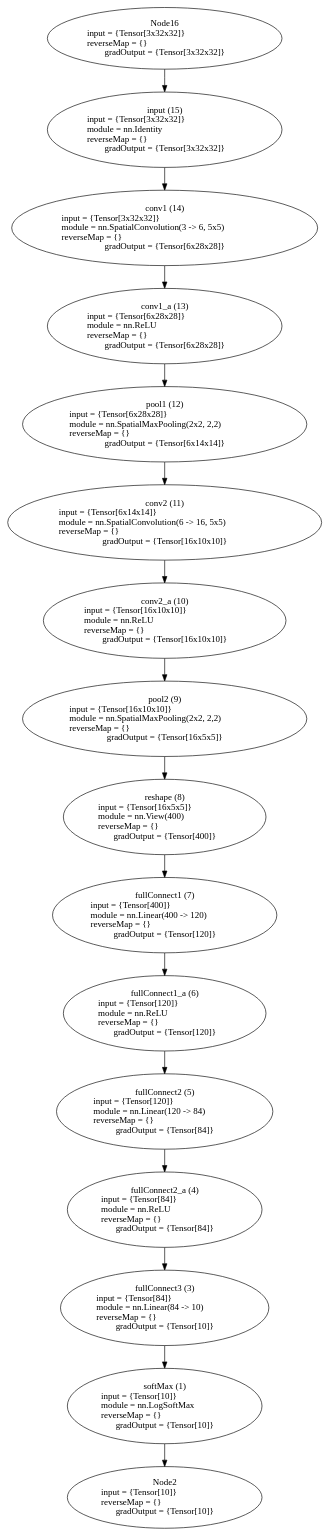
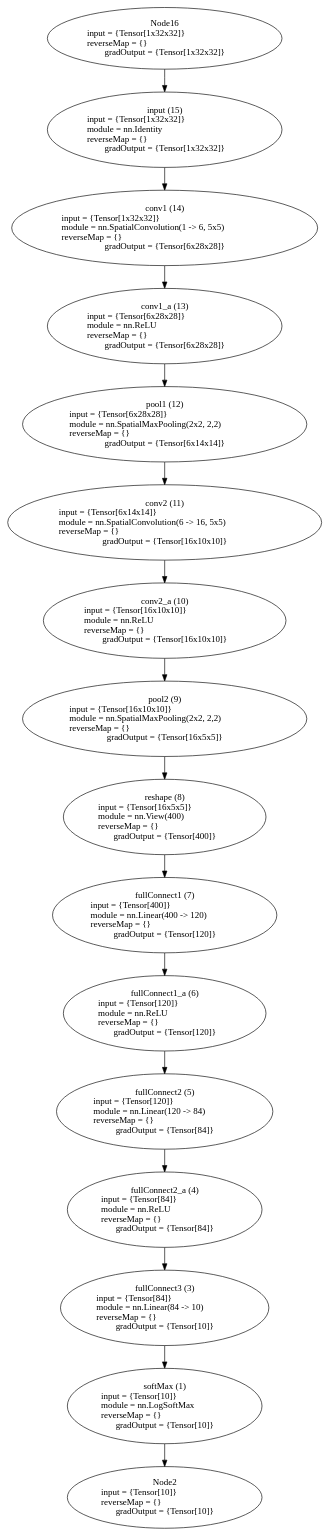
One commit to YuzhongHuang/Action-Recognition-Research changed the diagram in LeNet_Annotated.dot. Above: the diagram before and after it, drawn with Graphviz. The commit also changed 6 other files, not shown here.

```diff
--- a/LeNet_Annotated.dot
+++ b/LeNet_Annotated.dot
@@ -1,101 +1,101 @@
 digraph G {
 	graph [bb="0,0,386,2384"];
 	node [label="\N",
 		shape=oval
 	];
 	n1	 [height=1.6303,
 		label="softMax (1)\ninput = {Tensor[10]}\lmodule = nn.LogSoftMax\lreverseMap = {}\lgradOutput = {Tensor[10]}",
 		pos="193,191",
 		tooltip="[[string \"-- I will start with the LeNet I build with N...\"]]:28_",
 		width=3.279];
 	n2	 [height=1.3356,
 		label="Node2\ninput = {Tensor[10]}\lreverseMap = {}\lgradOutput = {Tensor[10]}",
 		pos="193,48",
 		tooltip="[[C]]:-1_",
 		width=3.279];
 	n1 -> n2	 [pos="e,193,96.121 193,132.24 193,123.7 193,114.9 193,106.36"];
 	n3	 [height=1.6303,
 		label="fullConnect3 (3)\ninput = {Tensor[84]}\lmodule = nn.Linear(84 -> 10)\lreverseMap = {}\lgradOutput = {Tensor[10]}",
 		pos="193,345",
 		tooltip="[[string \"-- I will start with the LeNet I build with N...\"]]:27_",
 		width=3.5652];
 	n3 -> n1	 [pos="e,193,249.74 193,286.1 193,277.54 193,268.65 193,259.91"];
 	n4	 [height=1.6303,
 		label="fullConnect2_a (4)\ninput = {Tensor[84]}\lmodule = nn.ReLU\lreverseMap = {}\lgradOutput = {Tensor[84]}",
 		pos="193,499",
 		tooltip="[[string \"-- I will start with the LeNet I build with N...\"]]:25_",
 		width=3.279];
 	n4 -> n3	 [pos="e,193,403.74 193,440.1 193,431.54 193,422.65 193,413.91"];
 	n5	 [height=1.6303,
 		label="fullConnect2 (5)\ninput = {Tensor[120]}\lmodule = nn.Linear(120 -> 84)\lreverseMap = {}\lgradOutput = {Tensor[84]}",
 		pos="193,653",
 		tooltip="[[string \"-- I will start with the LeNet I build with N...\"]]:24_",
 		width=3.7034];
 	n5 -> n4	 [pos="e,193,557.74 193,594.1 193,585.54 193,576.65 193,567.91"];
 	n6	 [height=1.6303,
 		label="fullConnect1_a (6)\ninput = {Tensor[120]}\lmodule = nn.ReLU\lreverseMap = {}\lgradOutput = {Tensor[120]}",
 		pos="193,807",
 		tooltip="[[string \"-- I will start with the LeNet I build with N...\"]]:22_",
 		width=3.4172];
 	n6 -> n5	 [pos="e,193,711.74 193,748.1 193,739.54 193,730.65 193,721.91"];
 	n7	 [height=1.6303,
 		label="fullConnect1 (7)\ninput = {Tensor[400]}\lmodule = nn.Linear(400 -> 120)\lreverseMap = {}\lgradOutput = {Tensor[120]}",
 		pos="193,961",
 		tooltip="[[string \"-- I will start with the LeNet I build with N...\"]]:21_",
 		width=3.8416];
 	n7 -> n6	 [pos="e,193,865.74 193,902.1 193,893.54 193,884.65 193,875.91"];
 	n8	 [height=1.6303,
 		label="reshape (8)\ninput = {Tensor[16x5x5]}\lmodule = nn.View(400)\lreverseMap = {}\lgradOutput = {Tensor[400]}",
 		pos="193,1115",
 		tooltip="[[string \"-- I will start with the LeNet I build with N...\"]]:19_",
 		width=3.4172];
 	n8 -> n7	 [pos="e,193,1019.7 193,1056.1 193,1047.5 193,1038.7 193,1029.9"];
 	n9	 [height=1.6303,
 		label="pool2 (9)\ninput = {Tensor[16x10x10]}\lmodule = nn.SpatialMaxPooling(2x2, 2,2)\lreverseMap = {}\lgradOutput = {Tensor[16x5x5]}",
 		pos="193,1269",
 		tooltip="[[string \"-- I will start with the LeNet I build with N...\"]]:17_",
 		width=4.8997];
 	n9 -> n8	 [pos="e,193,1173.7 193,1210.1 193,1201.5 193,1192.7 193,1183.9"];
 	n10	 [height=1.6303,
 		label="conv2_a (10)\ninput = {Tensor[16x10x10]}\lmodule = nn.ReLU\lreverseMap = {}\lgradOutput = {Tensor[16x10x10]}",
 		pos="193,1423",
 		tooltip="[[string \"-- I will start with the LeNet I build with N...\"]]:16_",
 		width=4.0844];
 	n10 -> n9	 [pos="e,193,1327.7 193,1364.1 193,1355.5 193,1346.7 193,1337.9"];
 	n11	 [height=1.6303,
 		label="conv2 (11)\ninput = {Tensor[6x14x14]}\lmodule = nn.SpatialConvolution(6 -> 16, 5x5)\lreverseMap = {}\lgradOutput = {Tensor[16x10x10]}",
 		pos="193,1577",
 		tooltip="[[string \"-- I will start with the LeNet I build with N...\"]]:15_",
 		width=5.3617];
 	n11 -> n10	 [pos="e,193,1481.7 193,1518.1 193,1509.5 193,1500.7 193,1491.9"];
 	n12	 [height=1.6303,
 		label="pool1 (12)\ninput = {Tensor[6x28x28]}\lmodule = nn.SpatialMaxPooling(2x2, 2,2)\lreverseMap = {}\lgradOutput = {Tensor[6x14x14]}",
 		pos="193,1731",
 		tooltip="[[string \"-- I will start with the LeNet I build with N...\"]]:13_",
 		width=4.8997];
 	n12 -> n11	 [pos="e,193,1635.7 193,1672.1 193,1663.5 193,1654.7 193,1645.9"];
 	n13	 [height=1.6303,
 		label="conv1_a (13)\ninput = {Tensor[6x28x28]}\lmodule = nn.ReLU\lreverseMap = {}\lgradOutput = {Tensor[6x28x28]}",
 		pos="193,1885",
 		tooltip="[[string \"-- I will start with the LeNet I build with N...\"]]:12_",
 		width=3.9462];
 	n13 -> n12	 [pos="e,193,1789.7 193,1826.1 193,1817.5 193,1808.7 193,1799.9"];
 	n14	 [height=1.6303,
-		label="conv1 (14)\ninput = {Tensor[3x32x32]}\lmodule = nn.SpatialConvolution(3 -> 6, 5x5)\lreverseMap = {}\lgradOutput = {Tensor[6x28x28]}",
+		label="conv1 (14)\ninput = {Tensor[1x32x32]}\lmodule = nn.SpatialConvolution(1 -> 6, 5x5)\lreverseMap = {}\lgradOutput = {Tensor[6x28x28]}",
 		pos="193,2039",
 		tooltip="[[string \"-- I will start with the LeNet I build with N...\"]]:11_",
 		width=5.2235];
 	n14 -> n13	 [pos="e,193,1943.7 193,1980.1 193,1971.5 193,1962.7 193,1953.9"];
 	n15	 [height=1.6303,
-		label="input (15)\ninput = {Tensor[3x32x32]}\lmodule = nn.Identity\lreverseMap = {}\lgradOutput = {Tensor[3x32x32]}",
+		label="input (15)\ninput = {Tensor[1x32x32]}\lmodule = nn.Identity\lreverseMap = {}\lgradOutput = {Tensor[1x32x32]}",
 		pos="193,2193",
 		tooltip="[[string \"-- I will start with the LeNet I build with N...\"]]:7_",
 		width=3.9462];
 	n15 -> n14	 [pos="e,193,2097.7 193,2134.1 193,2125.5 193,2116.7 193,2107.9"];
 	n16	 [height=1.3356,
-		label="Node16\ninput = {Tensor[3x32x32]}\lreverseMap = {}\lgradOutput = {Tensor[3x32x32]}",
+		label="Node16\ninput = {Tensor[1x32x32]}\lreverseMap = {}\lgradOutput = {Tensor[1x32x32]}",
 		pos="193,2336",
 		tooltip="[[C]]:-1_",
 		width=3.9462];
 	n16 -> n15	 [pos="e,193,2251.7 193,2287.7 193,2279.4 193,2270.6 193,2261.9"];
 }
```
